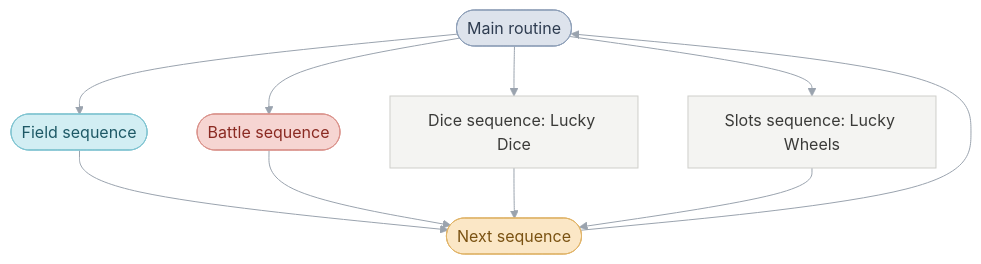
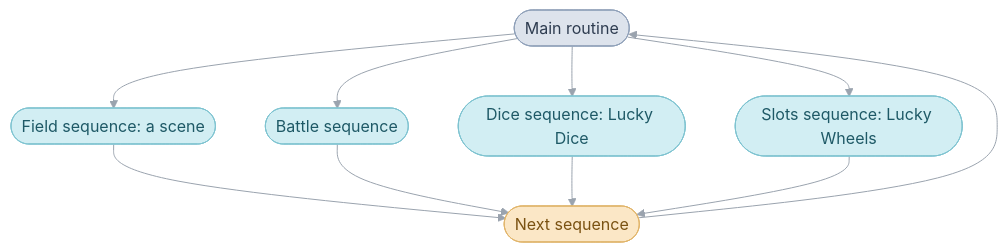
The diagram in games/tbs/README.md (PascalPixel/alchemy), drawn with Mermaid before and after one commit. The commit also changed other lines of this file and 6 other files, not shown here.

````diff
--- a/games/tbs/README.md
+++ b/games/tbs/README.md
@@ -112,18 +14,13 @@
 ```mermaid
 %%{init: {"theme": "base", "themeVariables": {"lineColor": "#9AA3AE", "edgeLabelBackground": "#FFFFFF"}, "flowchart": {"curve": "basis", "padding": 12}}}%%
 flowchart TD
-  loop(["Main routine"]) --> scene(["Field sequence"]) & battle(["Battle sequence"]) & dice["Dice sequence: Lucky Dice"] & wheels["Slots sequence: Lucky Wheels"]
+  loop(["Main routine"]) --> scene(["Field sequence: a scene"]) & battle(["Battle sequence"]) & dice(["Dice sequence: Lucky Dice"]) & wheels(["Slots sequence: Lucky Wheels"])
   scene & battle & dice & wheels --> back(["Next sequence"])
   back --> loop
   classDef mainRoutine fill:#DDE3EC,stroke:#8FA0B8,color:#2E3C50
-  classDef fieldSequence fill:#D2EEF3,stroke:#7FC3D0,color:#1E5966
-  classDef battle fill:#F6D5D2,stroke:#D9928B,color:#8A2A22
-  classDef sceneLoop fill:#D3EBD9,stroke:#8DC49E,color:#25603A
+  classDef sequence fill:#D2EEF3,stroke:#7FC3D0,color:#1E5966
   classDef request fill:#FBE7C6,stroke:#E0B46A,color:#7A5212
-  classDef step fill:#F4F4F2,stroke:#CFCFCB,color:#3A3A38
   class loop mainRoutine
-  class scene fieldSequence
+  class scene,battle,dice,wheels sequence
   class back request
-  class battle battle
-  class dice,wheels step
 ```
````
